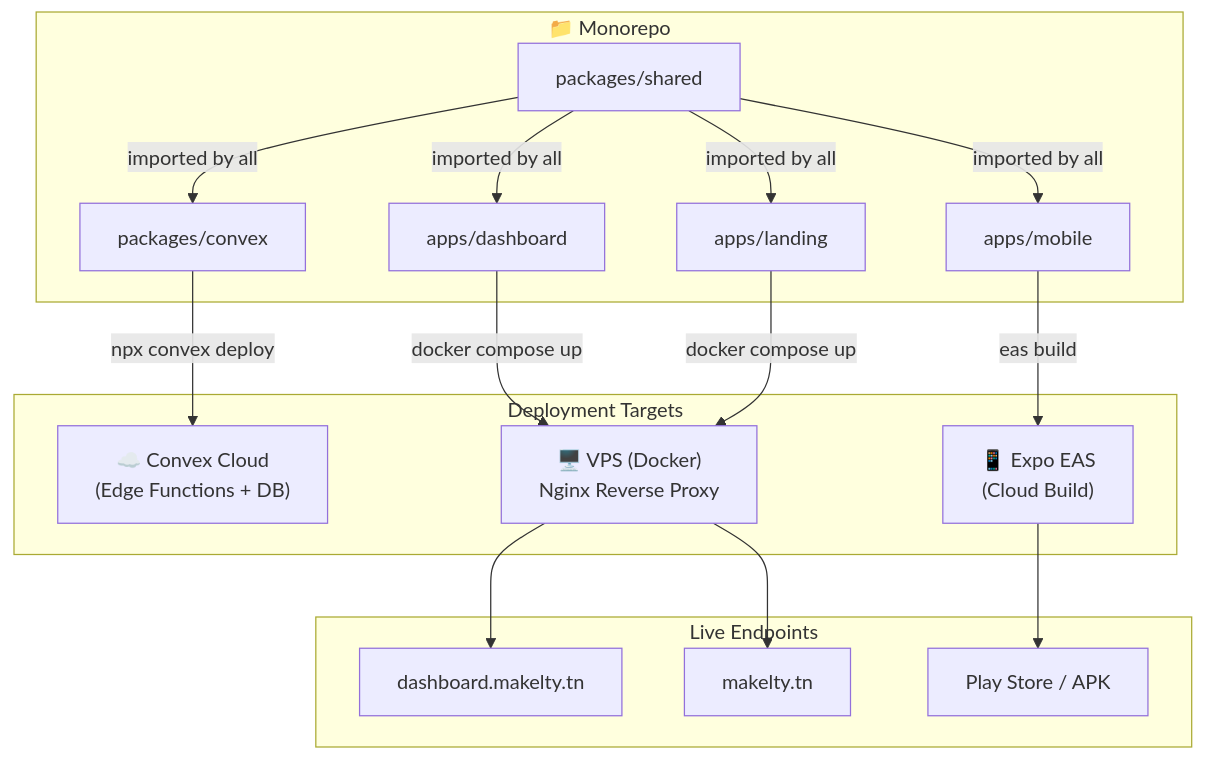
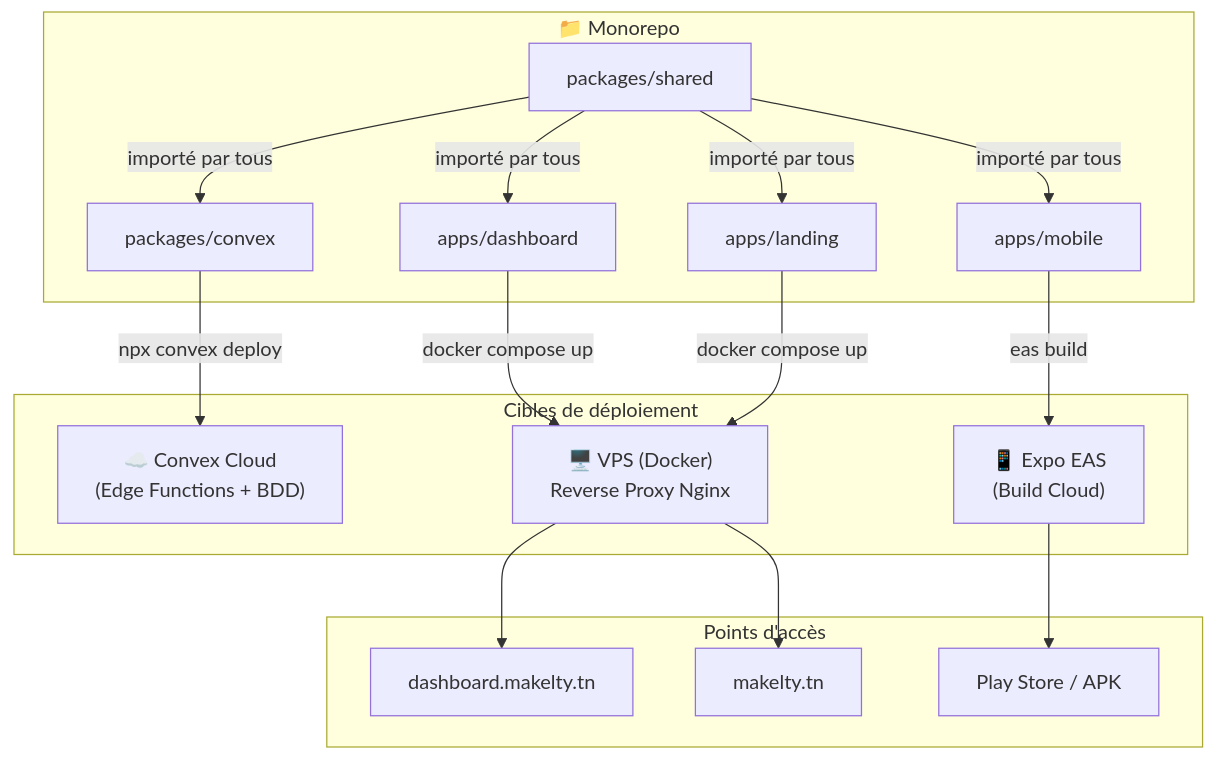
Before and after one commit to Oussama-souissi024/Makelty-architecture-case-study: the fifth of 7 diagrams in README.md, drawn with Mermaid. The commit also changed other lines of this file and 2 other files, not shown here.

````diff
--- a/README.md
+++ b/README.md
@@ -441,32 +445,32 @@
 ```mermaid
 flowchart TD
     subgraph Source["📁 Monorepo"]
         Shared["packages/shared"]
         ConvexPkg["packages/convex"]
         DashApp["apps/dashboard"]
         LandApp["apps/landing"]
         MobApp["apps/mobile"]
     end
 
-    subgraph Deploy["Deployment Targets"]
-        ConvexCloud["☁️ Convex Cloud\n(Edge Functions + DB)"]
-        VPS["🖥️ VPS (Docker)\nNginx Reverse Proxy"]
-        EAS["📱 Expo EAS\n(Cloud Build)"]
+    subgraph Deploy["Cibles de déploiement"]
+        ConvexCloud["☁️ Convex Cloud\n(Edge Functions + BDD)"]
+        VPS["🖥️ VPS (Docker)\nReverse Proxy Nginx"]
+        EAS["📱 Expo EAS\n(Build Cloud)"]
     end
 
-    subgraph Domains["Live Endpoints"]
+    subgraph Domains["Points d'accès"]
         D1["dashboard.makelty.tn"]
         D2["makelty.tn"]
         D3["Play Store / APK"]
     end
 
-    Shared -->|"imported by all"| ConvexPkg & DashApp & LandApp & MobApp
+    Shared -->|"importé par tous"| ConvexPkg & DashApp & LandApp & MobApp
 
     ConvexPkg -->|"npx convex deploy"| ConvexCloud
     DashApp -->|"docker compose up"| VPS
     LandApp -->|"docker compose up"| VPS
     MobApp -->|"eas build"| EAS
 
     VPS --> D1 & D2
     EAS --> D3
 ```
````
